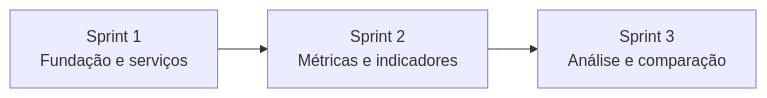
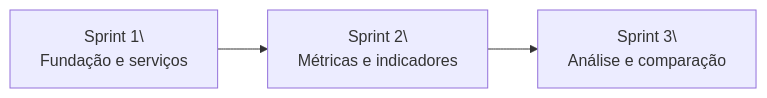
Before and after one commit to let-zapplin/GreenER: the diagram in docs/plano-de-entregas.md, drawn with Mermaid. The commit also changed other lines of this file and 14 other files, not shown here.

````diff
--- a/docs/plano-de-entregas.md
+++ b/docs/plano-de-entregas.md
@@ -17,4 +15,7 @@
 ```mermaid
+
 flowchart LR
-    S1["Sprint 1<br/>Fundação e serviços"] --> S2["Sprint 2<br/>Métricas e indicadores"] --> S3["Sprint 3<br/>Análise e comparação"]
+
+    S1["Sprint 1\<br/>Fundação e serviços"] --> S2["Sprint 2\<br/>Métricas e indicadores"] --> S3["Sprint 3\<br/>Análise e comparação"]
+
 ```
````
